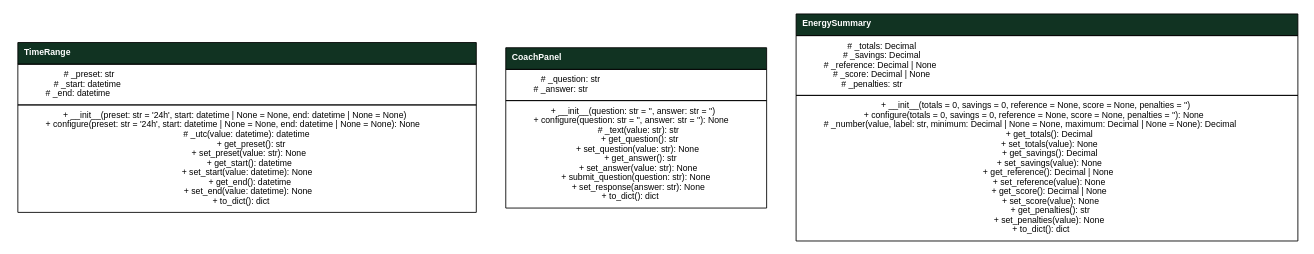
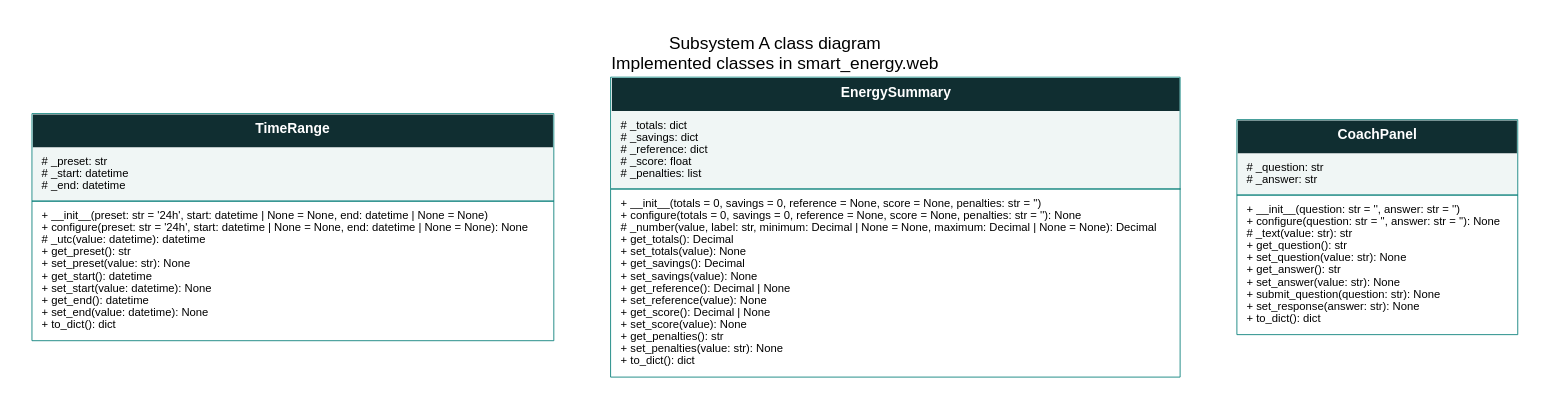
Before and after one commit to danial-rafiee/Capstone-Project: the diagram in docs/uml/web_classes.dot, drawn with Graphviz. The commit also changed 3 other files, not shown here.

Commit message:
update uml

```diff
--- a/docs/uml/web_classes.dot
+++ b/docs/uml/web_classes.dot
@@ -1,89 +1,11 @@
-digraph G {
-  fontname="Helvetica"
-  fontsize=10
-  node [fontname="Helvetica", fontsize=10, shape=record];
-  edge [fontname="Helvetica", fontsize=10];
-
-  TimeRange [
-    shape=none
-    label=<
-      <TABLE BORDER="0" CELLBORDER="1" CELLSPACING="0" CELLPADDING="6" ALIGN="LEFT">
-        <TR><TD BGCOLOR="#113322" ALIGN="LEFT"><FONT COLOR="white"><B>TimeRange</B></FONT></TD></TR>
-        <TR><TD ALIGN="LEFT">
-          # _preset: str<br/>
-          # _start: datetime<br/>
-          # _end: datetime
-        </TD></TR>
-        <TR><TD ALIGN="LEFT">
-          + __init__(preset: str = '24h', start: datetime | None = None, end: datetime | None = None)<br/>
-          + configure(preset: str = '24h', start: datetime | None = None, end: datetime | None = None): None<br/>
-          # _utc(value: datetime): datetime<br/>
-          + get_preset(): str<br/>
-          + set_preset(value: str): None<br/>
-          + get_start(): datetime<br/>
-          + set_start(value: datetime): None<br/>
-          + get_end(): datetime<br/>
-          + set_end(value: datetime): None<br/>
-          + to_dict(): dict
-        </TD></TR>
-      </TABLE>
-    >
-  ];
-
-  CoachPanel [
-    shape=none
-    label=<
-      <TABLE BORDER="0" CELLBORDER="1" CELLSPACING="0" CELLPADDING="6" ALIGN="LEFT">
-        <TR><TD BGCOLOR="#113322" ALIGN="LEFT"><FONT COLOR="white"><B>CoachPanel</B></FONT></TD></TR>
-        <TR><TD ALIGN="LEFT">
-          # _question: str<br/>
-          # _answer: str
-        </TD></TR>
-        <TR><TD ALIGN="LEFT">
-          + __init__(question: str = '', answer: str = '')<br/>
-          + configure(question: str = '', answer: str = ''): None<br/>
-          # _text(value: str): str<br/>
-          + get_question(): str<br/>
-          + set_question(value: str): None<br/>
-          + get_answer(): str<br/>
-          + set_answer(value: str): None<br/>
-          + submit_question(question: str): None<br/>
-          + set_response(answer: str): None<br/>
-          + to_dict(): dict
-        </TD></TR>
-      </TABLE>
-    >
-  ];
-
-  EnergySummary [
-    shape=none
-    label=<
-      <TABLE BORDER="0" CELLBORDER="1" CELLSPACING="0" CELLPADDING="6" ALIGN="LEFT">
-        <TR><TD BGCOLOR="#113322" ALIGN="LEFT"><FONT COLOR="white"><B>EnergySummary</B></FONT></TD></TR>
-        <TR><TD ALIGN="LEFT">
-          # _totals: Decimal<br/>
-          # _savings: Decimal<br/>
-          # _reference: Decimal | None<br/>
-          # _score: Decimal | None<br/>
-          # _penalties: str
-        </TD></TR>
-        <TR><TD ALIGN="LEFT">
-          + __init__(totals = 0, savings = 0, reference = None, score = None, penalties = '')<br/>
-          + configure(totals = 0, savings = 0, reference = None, score = None, penalties = ''): None<br/>
-          # _number(value, label: str, minimum: Decimal | None = None, maximum: Decimal | None = None): Decimal<br/>
-          + get_totals(): Decimal<br/>
-          + set_totals(value): None<br/>
-          + get_savings(): Decimal<br/>
-          + set_savings(value): None<br/>
-          + get_reference(): Decimal | None<br/>
-          + set_reference(value): None<br/>
-          + get_score(): Decimal | None<br/>
-          + set_score(value): None<br/>
-          + get_penalties(): str<br/>
-          + set_penalties(value): None<br/>
-          + to_dict(): dict
-        </TD></TR>
-      </TABLE>
-    >
-  ];
+digraph WebUML {
+  graph [rankdir=BT, bgcolor="white", pad="0.4", nodesep="0.9", ranksep="1.0",
+    splines=polyline, outputorder=edgesfirst, fontname="Arial", fontsize=20,
+    labelloc=t, label="Subsystem A class diagram\nImplemented classes in smart_energy.web"];
+  node [shape=plain, fontname="Arial", fontsize=13];
+  edge [color="#087F79", fontname="Arial", fontsize=12, arrowhead=vee,
+    arrowsize=0.75, penwidth=1.2, labeldistance=2.0, labelangle=25];
+  TimeRange [label=<<TABLE BORDER="1" CELLBORDER="0" CELLSPACING="0" CELLPADDING="10" COLOR="#087F79"><TR><TD BGCOLOR="#102E31"><FONT COLOR="white" POINT-SIZE="16"><B>TimeRange</B></FONT></TD></TR><TR><TD ALIGN="LEFT" BGCOLOR="#F0F6F5"># _preset: str<BR ALIGN="LEFT"/># _start: datetime<BR ALIGN="LEFT"/># _end: datetime<BR ALIGN="LEFT"/></TD></TR><HR/><TR><TD ALIGN="LEFT">+ __init__(preset: str = &#x27;24h&#x27;, start: datetime | None = None, end: datetime | None = None)<BR ALIGN="LEFT"/>+ configure(preset: str = &#x27;24h&#x27;, start: datetime | None = None, end: datetime | None = None): None<BR ALIGN="LEFT"/># _utc(value: datetime): datetime<BR ALIGN="LEFT"/>+ get_preset(): str<BR ALIGN="LEFT"/>+ set_preset(value: str): None<BR ALIGN="LEFT"/>+ get_start(): datetime<BR ALIGN="LEFT"/>+ set_start(value: datetime): None<BR ALIGN="LEFT"/>+ get_end(): datetime<BR ALIGN="LEFT"/>+ set_end(value: datetime): None<BR ALIGN="LEFT"/>+ to_dict(): dict<BR ALIGN="LEFT"/></TD></TR></TABLE>>];
+  EnergySummary [label=<<TABLE BORDER="1" CELLBORDER="0" CELLSPACING="0" CELLPADDING="10" COLOR="#087F79"><TR><TD BGCOLOR="#102E31"><FONT COLOR="white" POINT-SIZE="16"><B>EnergySummary</B></FONT></TD></TR><TR><TD ALIGN="LEFT" BGCOLOR="#F0F6F5"># _totals: dict<BR ALIGN="LEFT"/># _savings: dict<BR ALIGN="LEFT"/># _reference: dict<BR ALIGN="LEFT"/># _score: float<BR ALIGN="LEFT"/># _penalties: list<BR ALIGN="LEFT"/></TD></TR><HR/><TR><TD ALIGN="LEFT">+ __init__(totals = 0, savings = 0, reference = None, score = None, penalties: str = &#x27;&#x27;)<BR ALIGN="LEFT"/>+ configure(totals = 0, savings = 0, reference = None, score = None, penalties: str = &#x27;&#x27;): None<BR ALIGN="LEFT"/># _number(value, label: str, minimum: Decimal | None = None, maximum: Decimal | None = None): Decimal<BR ALIGN="LEFT"/>+ get_totals(): Decimal<BR ALIGN="LEFT"/>+ set_totals(value): None<BR ALIGN="LEFT"/>+ get_savings(): Decimal<BR ALIGN="LEFT"/>+ set_savings(value): None<BR ALIGN="LEFT"/>+ get_reference(): Decimal | None<BR ALIGN="LEFT"/>+ set_reference(value): None<BR ALIGN="LEFT"/>+ get_score(): Decimal | None<BR ALIGN="LEFT"/>+ set_score(value): None<BR ALIGN="LEFT"/>+ get_penalties(): str<BR ALIGN="LEFT"/>+ set_penalties(value: str): None<BR ALIGN="LEFT"/>+ to_dict(): dict<BR ALIGN="LEFT"/></TD></TR></TABLE>>];
+  CoachPanel [label=<<TABLE BORDER="1" CELLBORDER="0" CELLSPACING="0" CELLPADDING="10" COLOR="#087F79"><TR><TD BGCOLOR="#102E31"><FONT COLOR="white" POINT-SIZE="16"><B>CoachPanel</B></FONT></TD></TR><TR><TD ALIGN="LEFT" BGCOLOR="#F0F6F5"># _question: str<BR ALIGN="LEFT"/># _answer: str<BR ALIGN="LEFT"/></TD></TR><HR/><TR><TD ALIGN="LEFT">+ __init__(question: str = &#x27;&#x27;, answer: str = &#x27;&#x27;)<BR ALIGN="LEFT"/>+ configure(question: str = &#x27;&#x27;, answer: str = &#x27;&#x27;): None<BR ALIGN="LEFT"/># _text(value: str): str<BR ALIGN="LEFT"/>+ get_question(): str<BR ALIGN="LEFT"/>+ set_question(value: str): None<BR ALIGN="LEFT"/>+ get_answer(): str<BR ALIGN="LEFT"/>+ set_answer(value: str): None<BR ALIGN="LEFT"/>+ submit_question(question: str): None<BR ALIGN="LEFT"/>+ set_response(answer: str): None<BR ALIGN="LEFT"/>+ to_dict(): dict<BR ALIGN="LEFT"/></TD></TR></TABLE>>];
 }
```
